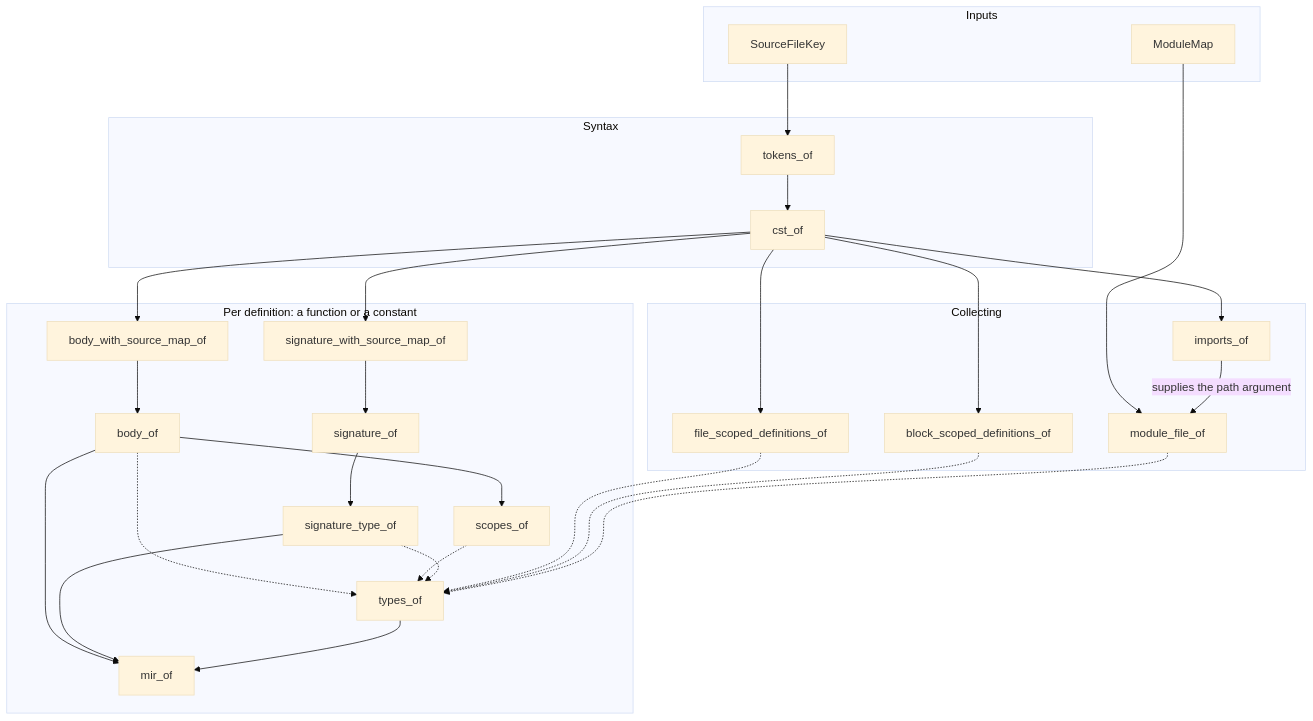
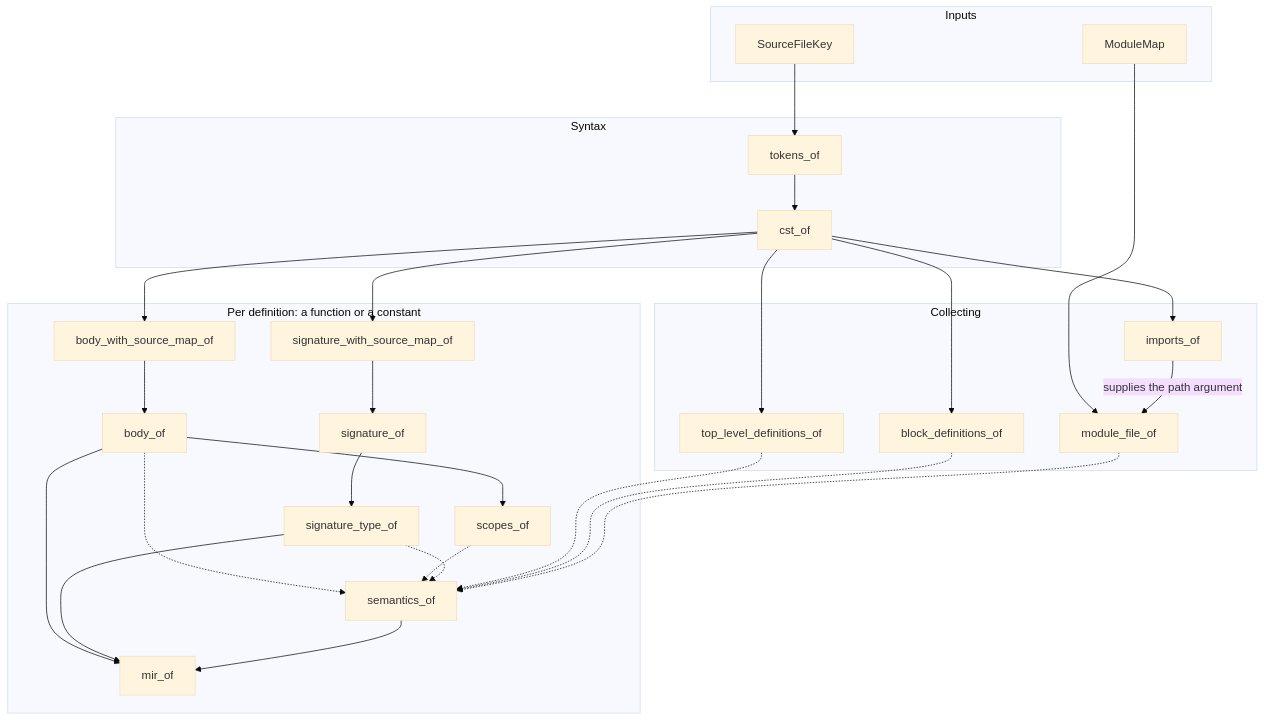
The diagram in docs/README.md (simontran7/blueberry), drawn with Mermaid (base theme) before and after one commit. The commit also changed other lines of this file and 40 other files, not shown here.

````diff
--- a/docs/README.md
+++ b/docs/README.md
@@ -7,47 +7,47 @@
 ```mermaid
 flowchart TD
     subgraph inputs [Inputs]
         SourceFileKey
         ModuleMap
     end
 
     subgraph syntax [Syntax]
         tokens_of
         cst_of
     end
 
     subgraph collect [Collecting]
-        file_scoped_definitions_of
-        block_scoped_definitions_of
+        top_level_definitions_of
+        block_definitions_of
         imports_of
         module_file_of
     end
 
     subgraph definition [Per definition: a function or a constant]
         signature_with_source_map_of
         signature_of
         signature_type_of
         body_with_source_map_of
         body_of
         scopes_of
-        types_of
+        semantics_of
         mir_of
     end
 
     SourceFileKey --> tokens_of --> cst_of
 
-    cst_of --> file_scoped_definitions_of
-    cst_of --> block_scoped_definitions_of
+    cst_of --> top_level_definitions_of
+    cst_of --> block_definitions_of
     cst_of --> imports_of
 
     ModuleMap --> module_file_of
     imports_of -- "supplies the path argument" --> module_file_of
 
     cst_of --> signature_with_source_map_of --> signature_of --> signature_type_of
     cst_of --> body_with_source_map_of --> body_of --> scopes_of
 
-    body_of & scopes_of & signature_type_of -.-> types_of
-    file_scoped_definitions_of & block_scoped_definitions_of & module_file_of -.-> types_of
+    body_of & scopes_of & signature_type_of -.-> semantics_of
+    top_level_definitions_of & block_definitions_of & module_file_of -.-> semantics_of
 
-    body_of & signature_type_of & types_of --> mir_of
+    body_of & signature_type_of & semantics_of --> mir_of
 ```
````
